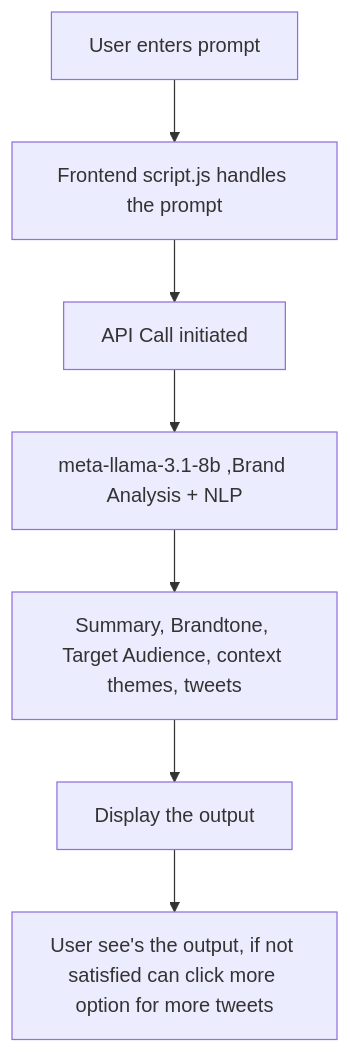
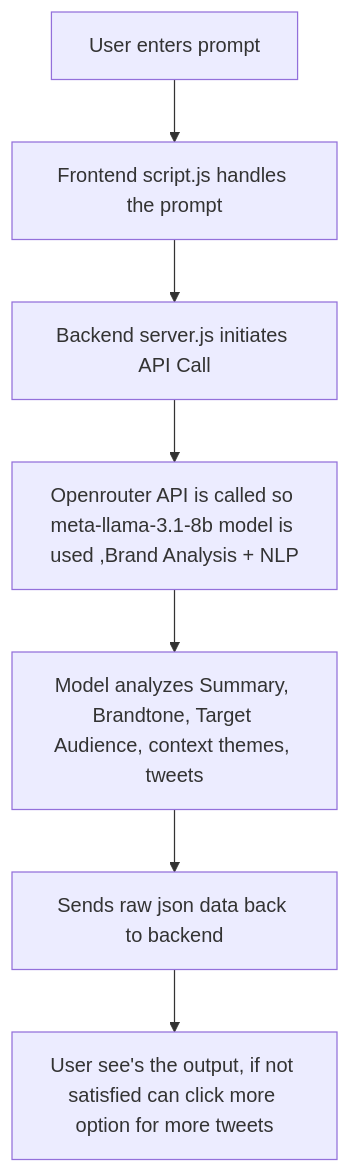
Before and after one commit to MAHESH20L/ai-tweets-backend: the second of 2 diagrams in README.md, drawn with Mermaid.

Commit message:
Update API call details in README flowchart

````diff
--- a/README.md
+++ b/README.md
@@ -35,17 +35,17 @@
 ```mermaid
 flowchart TD
     UI[User enters prompt]
     FE[Frontend script.js handles the prompt]
-    BE[API Call initiated]
-    OR[meta-llama-3.1-8b ,Brand Analysis + NLP]
-    AI[Summary, Brandtone, Target Audience, context themes, tweets]
-    FO[Display the output]
+    BE[Backend server.js initiates API Call]
+    OR[Openrouter API is called so meta-llama-3.1-8b model is used ,Brand Analysis + NLP]
+    AI[Model analyzes Summary, Brandtone, Target Audience, context themes, tweets]
+    FO[Sends raw json data back to backend]
     FR[User see's the output, if not satisfied can click more option for more tweets]
 
     UI --> FE
     FE --> BE
     BE --> OR
     OR --> AI
     AI --> FO
     FO --> FR
 ```
````
